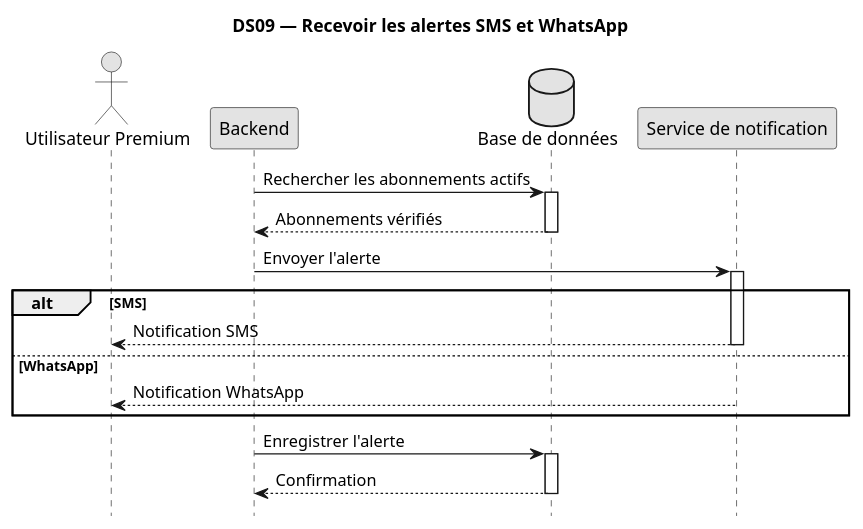
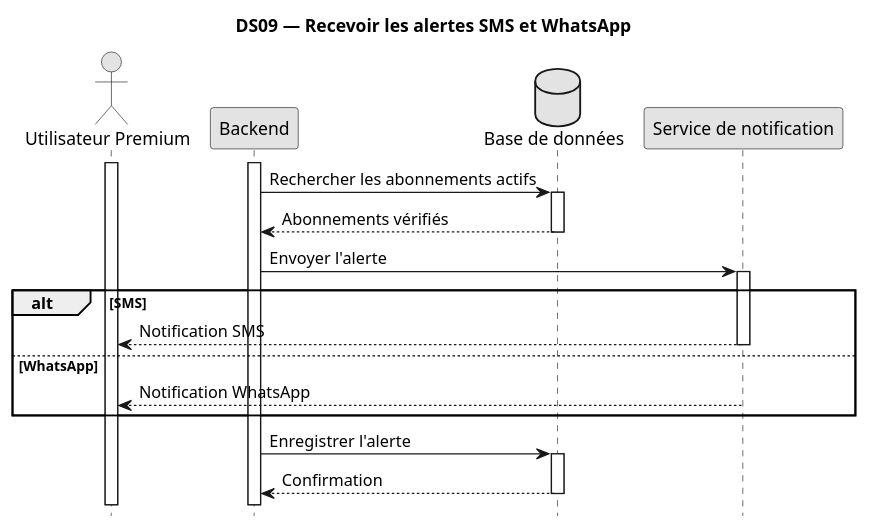
Before and after one commit to TkAbeleon/NoteAcemiqueProjetSoutenanceL3: the diagram in UML_JeryMotro/DS09_Recevoir_alertes_SMS_WhatsApp.plantuml, drawn with PlantUML. The commit also changed 15 other files, not shown here.

```diff
--- a/UML_JeryMotro/DS09_Recevoir_alertes_SMS_WhatsApp.plantuml
+++ b/UML_JeryMotro/DS09_Recevoir_alertes_SMS_WhatsApp.plantuml
@@ -1,33 +1,35 @@
 @startuml
 skinparam monochrome true
 
 title DS09 — Recevoir les alertes SMS et WhatsApp
 hide footbox
 skinparam shadowing false
 
 actor "Utilisateur Premium" as U
 participant "Backend" as B
 database "Base de données" as DB
 participant "Service de notification" as N
 
+activate U
+activate B
 B -> DB : Rechercher les abonnements actifs
 activate DB
 DB --> B : Abonnements vérifiés
 deactivate DB
 B -> N : Envoyer l'alerte
 activate N
 
 alt SMS
     N --> U : Notification SMS
     deactivate N
 else WhatsApp
     N --> U : Notification WhatsApp
     deactivate N
 end
 
 B -> DB : Enregistrer l'alerte
 activate DB
 DB --> B : Confirmation
 deactivate DB
 
 @enduml
```
